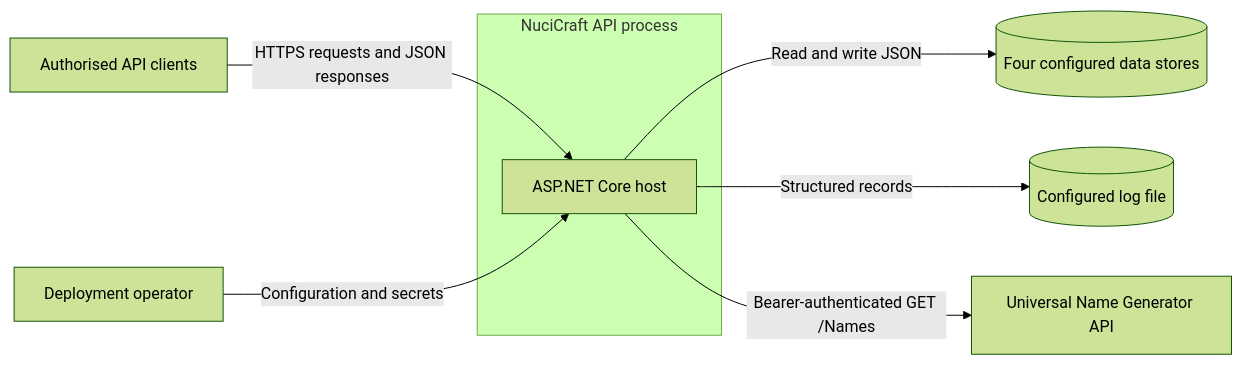
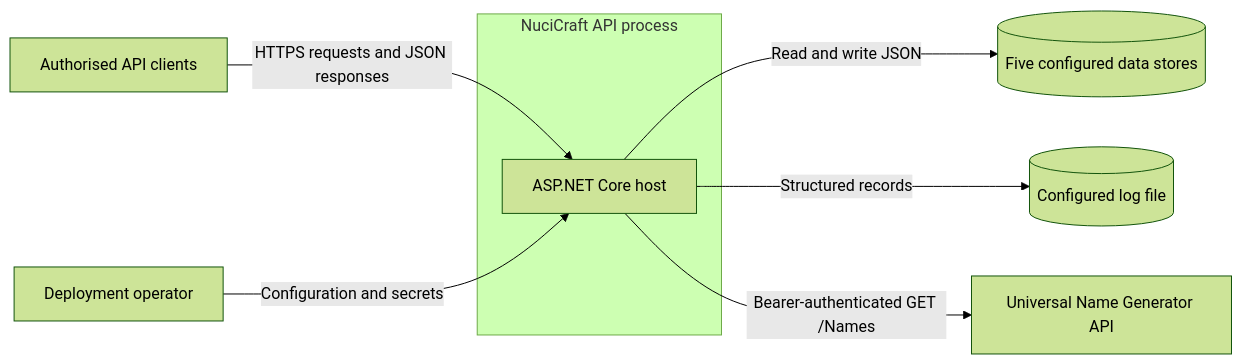
Before and after one commit to hmlendea/nucicraft-api: the first of 7 diagrams in ARCHITECTURE.md, drawn with Mermaid (forest theme). The commit also changed other lines of this file and 24 other files, not shown here.

````diff
--- a/ARCHITECTURE.md
+++ b/ARCHITECTURE.md
@@ -52,13 +52,13 @@
 ```mermaid
 flowchart LR
         Client["Authorised API clients"] -->|"HTTPS requests and JSON responses"| Host
         Operator["Deployment operator"] -->|"Configuration and secrets"| Host
 
         subgraph System["NuciCraft API process"]
                 Host["ASP.NET Core host"]
     end
 
-        Host -->|"Read and write JSON"| Stores[("Four configured data stores")]
+        Host -->|"Read and write JSON"| Stores[("Five configured data stores")]
         Host -->|"Structured records"| Logs[("Configured log file")]
         Host -->|"Bearer-authenticated GET /Names"| NameGenerator["Universal Name Generator API"]
 ```
````
